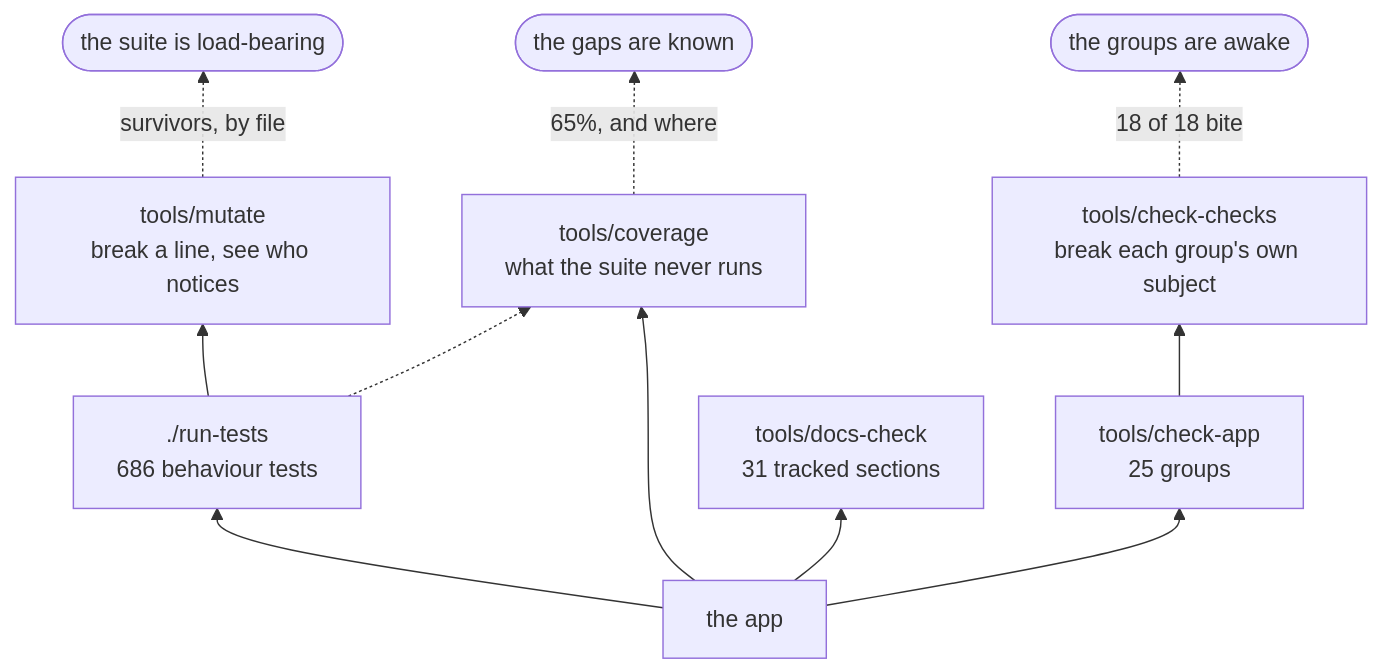
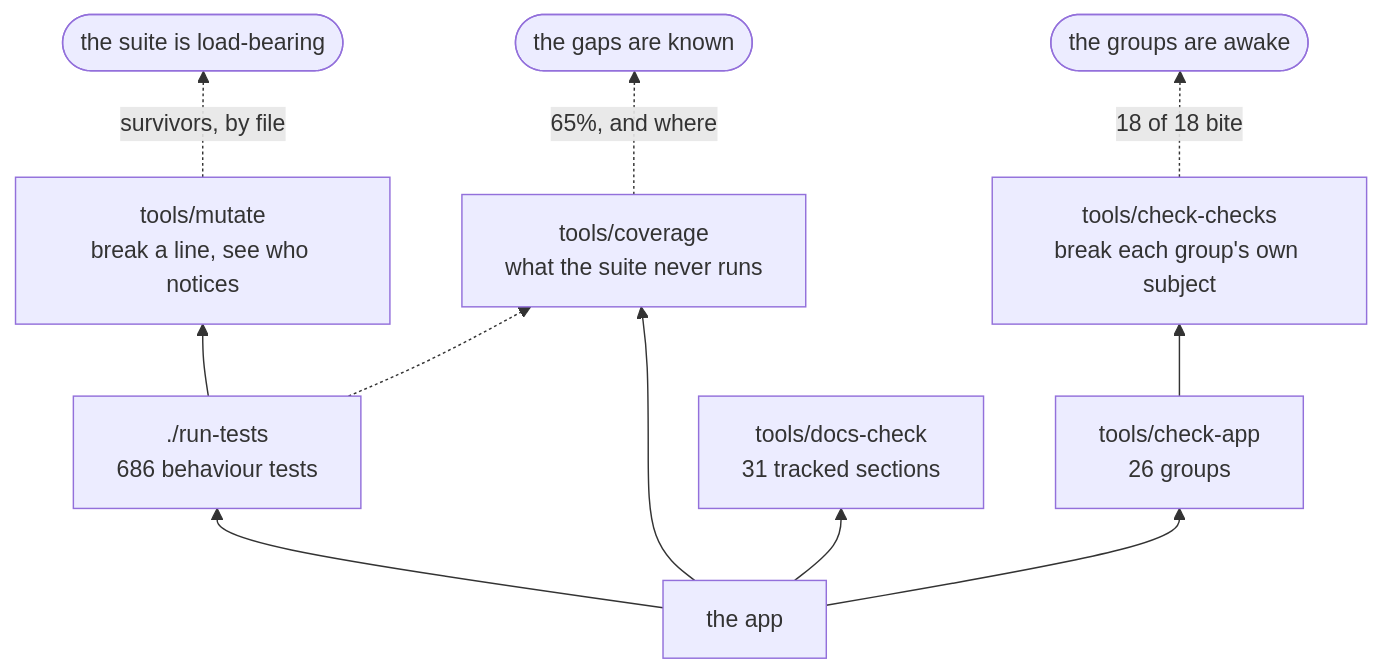
Before and after one commit to minormending/crystal-pilot-mobile: the second of 2 diagrams in docs/DEVELOPING.md, drawn with Mermaid. The commit also changed other lines of this file and 7 other files, not shown here.

````diff
--- a/docs/DEVELOPING.md
+++ b/docs/DEVELOPING.md
@@ -127,13 +127,13 @@
 ```mermaid
 flowchart BT
     C["the app"] --> T["./run-tests<br/>686 behaviour tests"]
-    C --> A["tools/check-app<br/>25 groups"]
+    C --> A["tools/check-app<br/>26 groups"]
     C --> D["tools/docs-check<br/>31 tracked sections"]
     C --> V["tools/coverage<br/>what the suite never runs"]
     T --> M["tools/mutate<br/>break a line, see who notices"]
     A --> K["tools/check-checks<br/>break each group's own subject"]
     T -.-> V
     M -.->|"survivors, by file"| R(["the suite is load-bearing"])
     K -.->|"18 of 18 bite"| R2(["the groups are awake"])
     V -.->|"65%, and where"| R3(["the gaps are known"])
 ```
````
